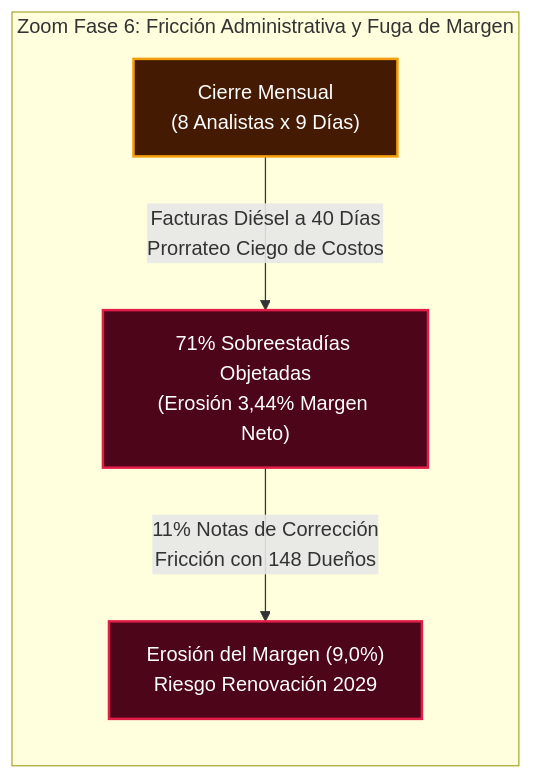
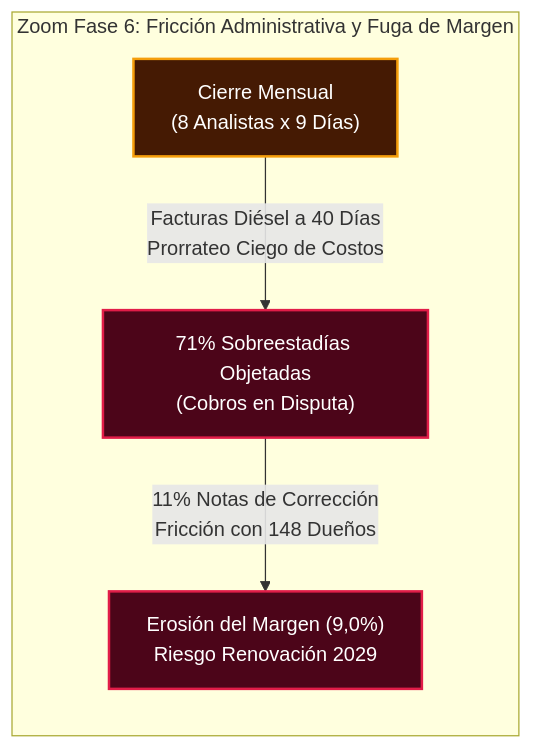
The sixth of 6 diagrams in Informe-2/d1/subdocumento_02_problema_adaptado.md (mvergaral/audIT), drawn with Mermaid before and after one commit. The commit also changed other lines of this file and 64 other files, not shown here.

````diff
--- a/Informe-2/d1/subdocumento_02_problema_adaptado.md
+++ b/Informe-2/d1/subdocumento_02_problema_adaptado.md
@@ -227,11 +153,11 @@
 ```mermaid
 flowchart LR
     subgraph ZoomFase6 ["Zoom Fase 6: Fricción Administrativa y Fuga de Margen"]
-        Cierre["Cierre Mensual\n(8 Analistas x 9 Días)"] -->|"Facturas Diésel a 40 Días\nProrrateo Ciego de Costos"| Objecion["71% Sobreestadías Objetadas\n(Erosión 3,44% Margen Neto)"]
+        Cierre["Cierre Mensual\n(8 Analistas x 9 Días)"] -->|"Facturas Diésel a 40 Días\nProrrateo Ciego de Costos"| Objecion["71% Sobreestadías Objetadas\n(Cobros en Disputa)"]
         Objecion -->|"11% Notas de Corrección\nFricción con 148 Dueños"| Erosion["Erosión del Margen (9,0%)\nRiesgo Renovación 2029"]
     end
     classDef danger fill:#4c0519,stroke:#e11d48,stroke-width:2px,color:#fff;
     classDef alert fill:#451a03,stroke:#f59e0b,stroke-width:2px,color:#fff;
     class Cierre alert;
     class Objecion,Erosion danger;
 ```
````
